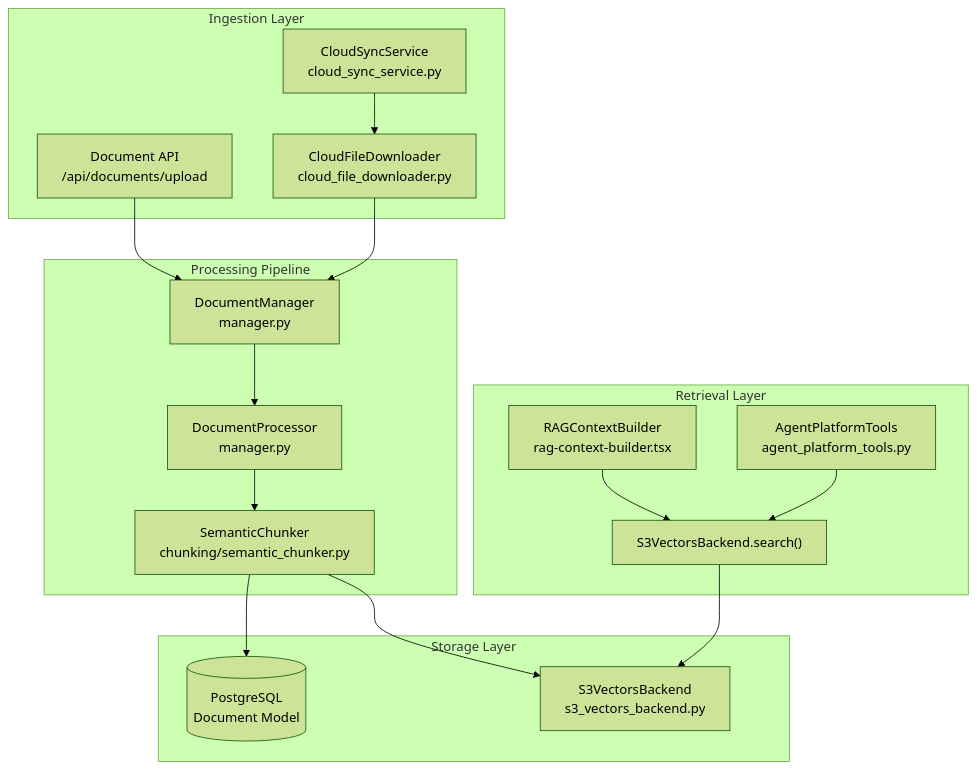
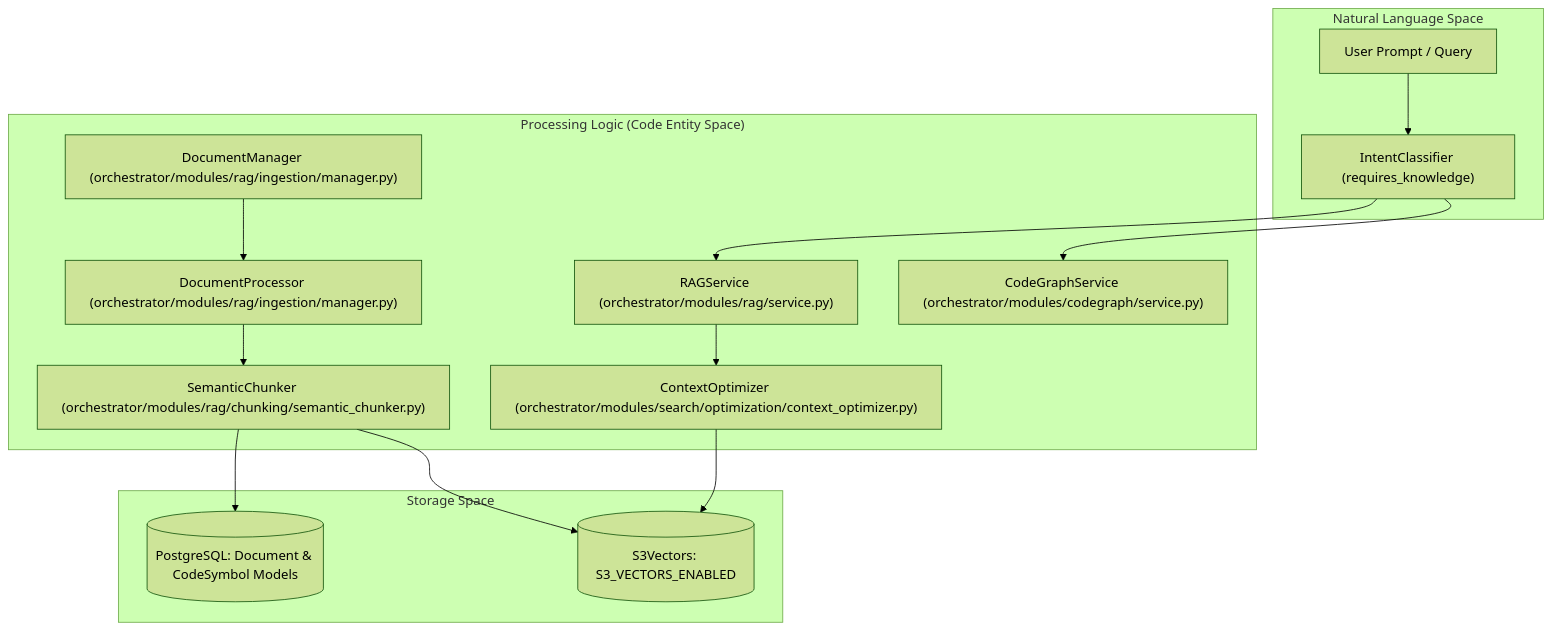
The first of 2 diagrams in docs/knowledge-base-rag/_index.md (AutomatosAI/automatos-ai), drawn with Mermaid (forest theme) before and after one commit. The commit also changed other lines of this file and 153 other files, not shown here.

````diff
--- a/docs/knowledge-base-rag/_index.md
+++ b/docs/knowledge-base-rag/_index.md
@@ -43,39 +43,32 @@
 ```mermaid
 graph TB
-    subgraph "Ingestion Layer"
-        Upload["Document API<br/>/api/documents/upload"]
-        CloudSync["CloudSyncService<br/>cloud_sync_service.py"]
-        CloudDownloader["CloudFileDownloader<br/>cloud_file_downloader.py"]
+    subgraph "Natural Language Space"
+        UserQuery["User Prompt / Query"]
+        SearchTerms["IntentClassifier (requires_knowledge)"]
     end
+
+    subgraph "Processing Logic (Code Entity Space)"
+        DocManager["DocumentManager (orchestrator/modules/rag/ingestion/manager.py)"]
+        Proc["DocumentProcessor (orchestrator/modules/rag/ingestion/manager.py)"]
+        Chunker["SemanticChunker (orchestrator/modules/rag/chunking/semantic_chunker.py)"]
+        Svc["RAGService (orchestrator/modules/rag/service.py)"]
+        Opt["ContextOptimizer (orchestrator/modules/search/optimization/context_optimizer.py)"]
+        CodeSvc["CodeGraphService (orchestrator/modules/codegraph/service.py)"]
+    end
+
+    subgraph "Storage Space"
+        PG[("PostgreSQL: Document & CodeSymbol Models")]
+        S3V[("S3Vectors: S3_VECTORS_ENABLED")]
+    end
+
+    UserQuery --> SearchTerms
+    SearchTerms --> Svc
+    SearchTerms --> CodeSvc
+    Svc --> Opt
+    Opt --> S3V
     
-    subgraph "Processing Pipeline"
-        DocManager["DocumentManager<br/>manager.py"]
-        TextExtractor["DocumentProcessor<br/>manager.py"]
-        SemanticChunker["SemanticChunker<br/>chunking/semantic_chunker.py"]
-    end
-    
-    subgraph "Storage Layer"
-        PostgreSQL[("PostgreSQL<br/>Document Model")]
-        S3Vectors["S3VectorsBackend<br/>s3_vectors_backend.py"]
-    end
-    
-    subgraph "Retrieval Layer"
-        VectorSearch["S3VectorsBackend.search()"]
-        RAGContext["RAGContextBuilder<br/>rag-context-builder.tsx"]
-        PlatformTools["AgentPlatformTools<br/>agent_platform_tools.py"]
-    end
-    
-    Upload --> DocManager
-    CloudSync --> CloudDownloader
-    CloudDownloader --> DocManager
-    
-    DocManager --> TextExtractor
-    TextExtractor --> SemanticChunker
-    
-    SemanticChunker --> PostgreSQL
-    SemanticChunker --> S3Vectors
-    
-    VectorSearch --> S3Vectors
-    RAGContext --> VectorSearch
-    PlatformTools --> VectorSearch
+    DocManager --> Proc
+    Proc --> Chunker
+    Chunker --> PG
+    Chunker --> S3V
 ```
````
